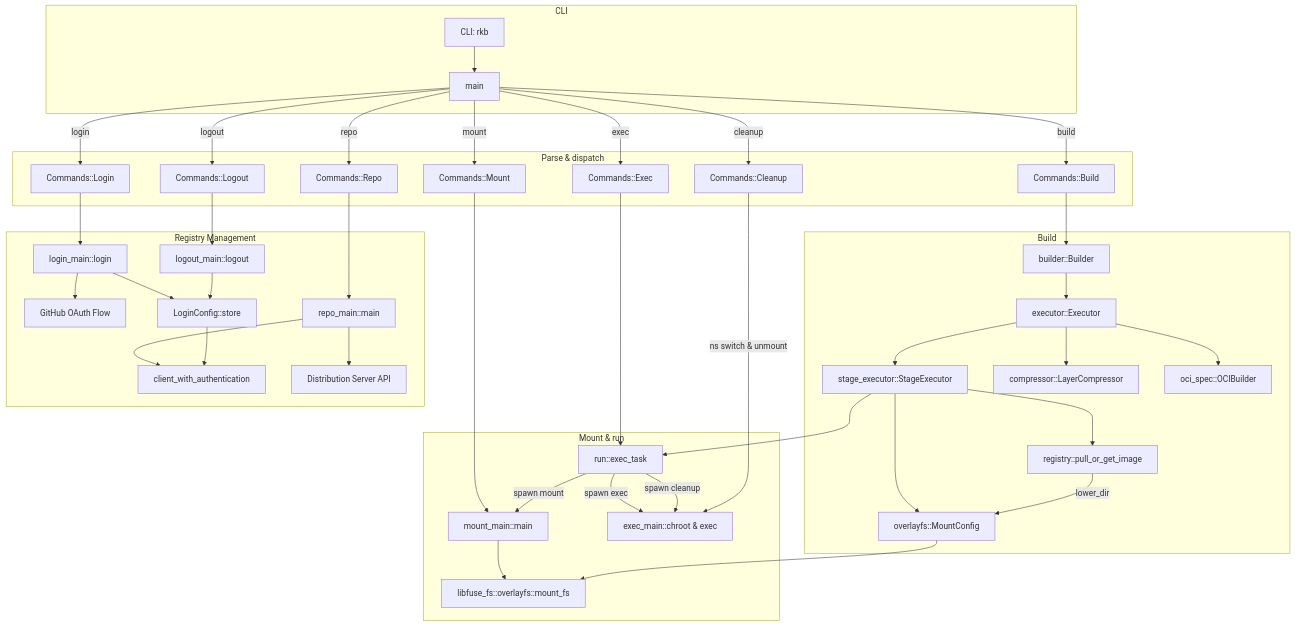
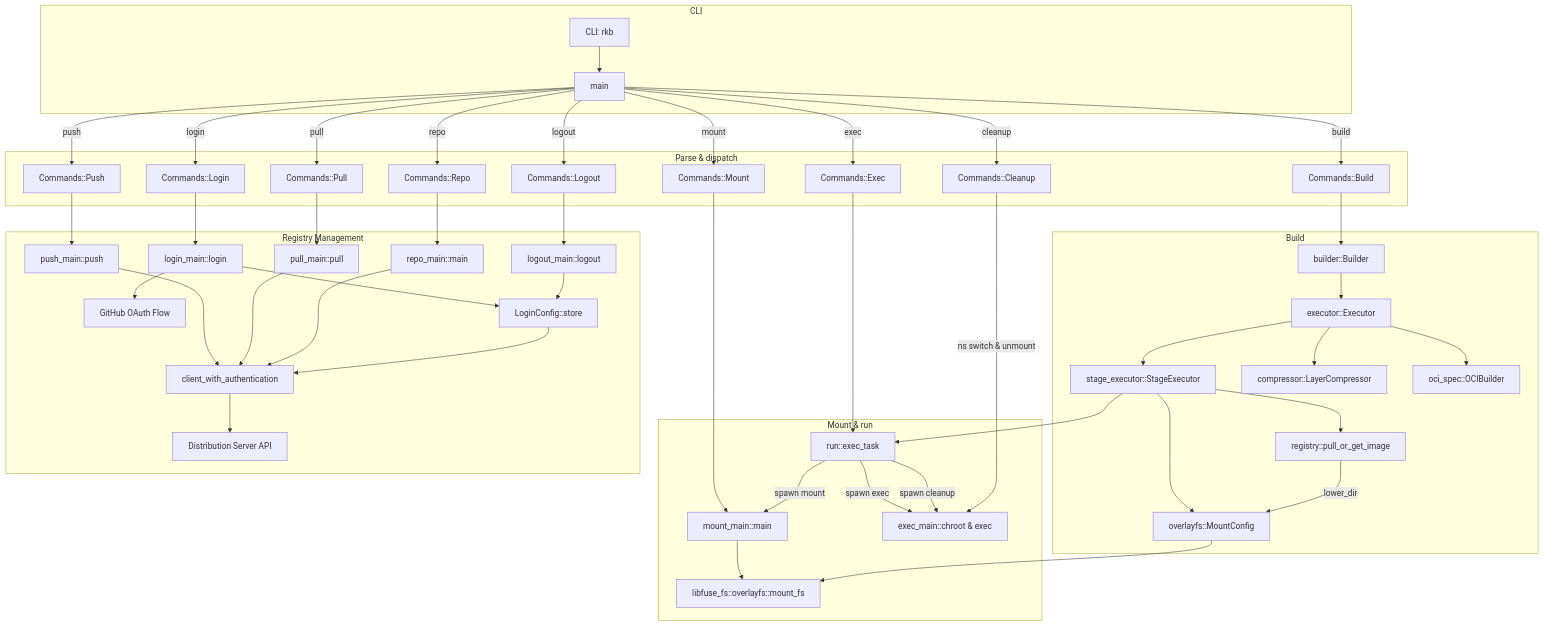
One commit to zine0/rk8s changed the diagram in project/rkb/README.md. Above: the diagram before and after it, drawn with Mermaid. The commit also changed other lines of this file and 106 other files, not shown here.

First line of the commit message:
feat(push & pull): implement push and pull (#185)

````diff
--- a/project/rkb/README.md
+++ b/project/rkb/README.md
@@ -7,53 +7,59 @@
 ```mermaid
 flowchart TD
   subgraph CLI
     A[CLI: rkb]
     A --> B[main]
   end
 
   subgraph Parse & dispatch
     B -->|build| CmdBuild[Commands::Build]
+    B -->|push| CmdPush[Commands::Push]
+    B -->|pull| CmdPull[Commands::Pull]
     B -->|mount| CmdMount[Commands::Mount]
     B -->|exec| CmdExec[Commands::Exec]
     B -->|cleanup| CmdCleanup[Commands::Cleanup]
     B -->|login| CmdLogin[Commands::Login]
     B -->|logout| CmdLogout[Commands::Logout]
     B -->|repo| CmdRepo[Commands::Repo]
   end
 
   subgraph Build
     CmdBuild --> Builder[builder::Builder]
     Builder --> Executor[executor::Executor]
     Executor --> StageExec[stage_executor::StageExecutor]
     StageExec --> Registry[registry::pull_or_get_image]
     StageExec --> MountCfg[overlayfs::MountConfig]
     Executor --> Compressor[compressor::LayerCompressor]
     Executor --> OCIBuilder[oci_spec::OCIBuilder]
   end
 
   subgraph Mount & run
     CmdMount --> MountMain[mount_main::main]
     MountMain --> OverlayFS[libfuse_fs::overlayfs::mount_fs]
     CmdExec --> ExecTask[run::exec_task]
     ExecTask -->|spawn mount| MountMain
     ExecTask -->|spawn exec| ExecProcess[exec_main::chroot & exec]
     ExecTask -->|spawn cleanup| ExecProcess
     CmdCleanup -->|ns switch & unmount| ExecProcess
   end
 
   subgraph Registry Management
     CmdLogin --> LoginMain[login_main::login]
     LoginMain --> OAuth[GitHub OAuth Flow]
     LoginMain --> Config[LoginConfig::store]
     CmdLogout --> LogoutMain[logout_main::logout]
     LogoutMain --> Config
+    CmdPush --> PushMain[push_main::push]
+    CmdPull --> PullMain[pull_main::pull]
     CmdRepo --> RepoMain[repo_main::main]
-    RepoMain --> AuthClient[client_with_authentication]
-    RepoMain --> RepoAPI[Distribution Server API]
+    PushMain --> AuthClient[client_with_authentication]
+    PullMain --> AuthClient
+    RepoMain --> AuthClient
+    AuthClient --> RepoAPI[Distribution Server API]
   end
 
   StageExec --> ExecTask
   MountCfg --> OverlayFS
   Registry -->| lower_dir| MountCfg
   Config --> AuthClient
 ```
````
